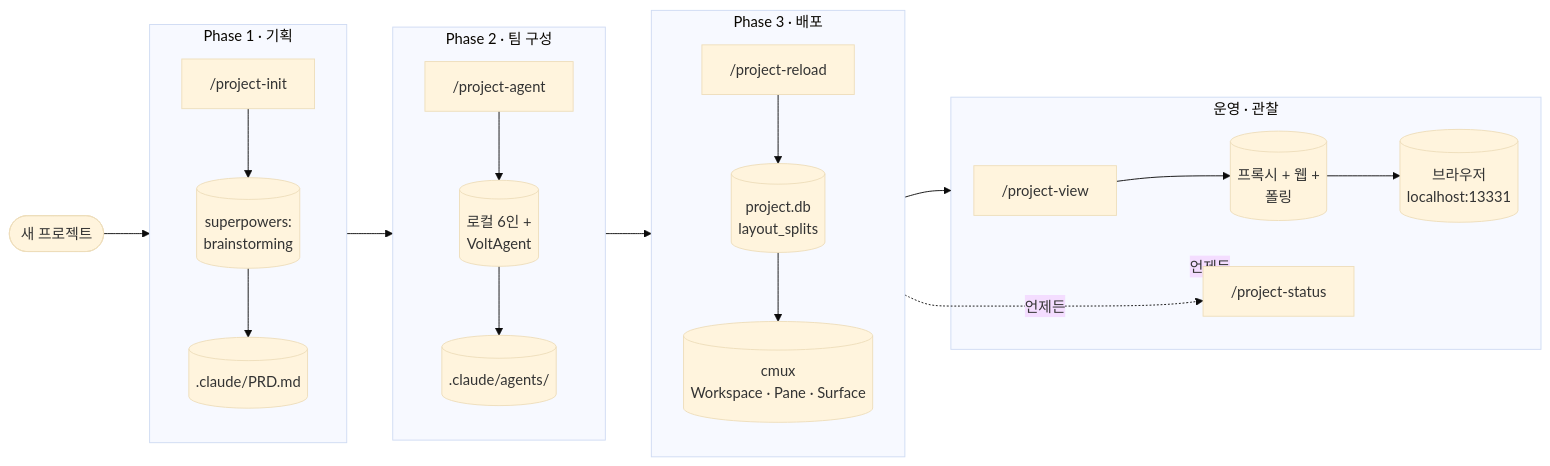
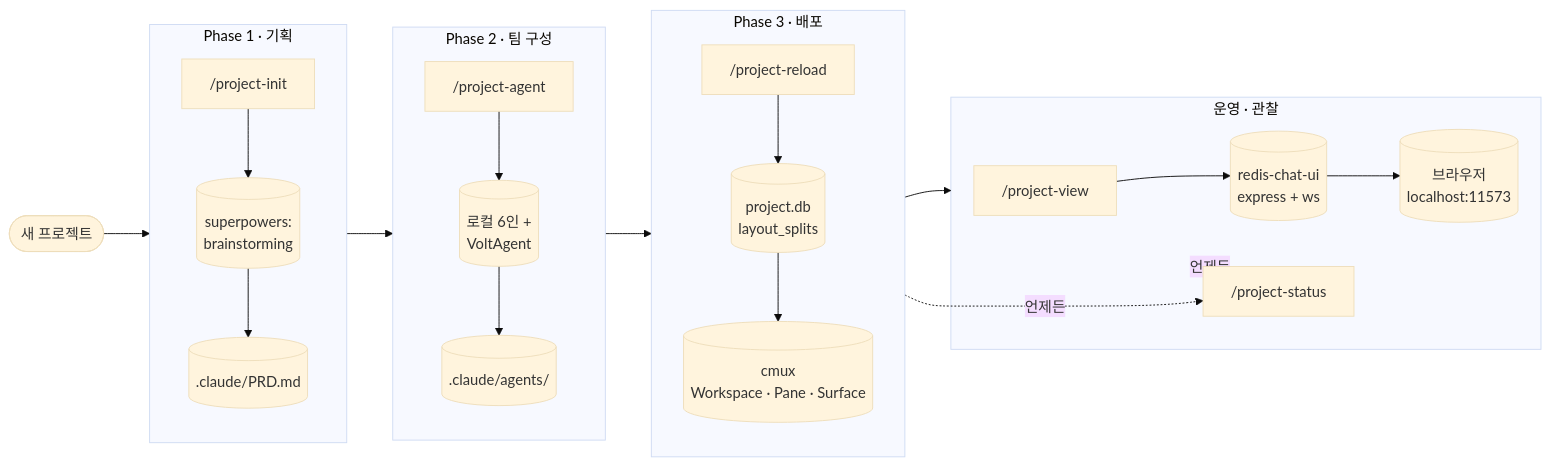
The second of 10 diagrams in README-ko.md (merong/cmux-workshop), drawn with Mermaid (base theme) before and after one commit. The commit also changed other lines of this file and 81 other files, not shown here.

````diff
--- a/README-ko.md
+++ b/README-ko.md
@@ -125,37 +125,37 @@
 ```mermaid
 flowchart LR
     Start([새 프로젝트])
 
     subgraph Phase1["Phase 1 · 기획"]
         I["/project-init"]
         BS[("superpowers:<br/>brainstorming")]
         PRD[(".claude/PRD.md")]
         I --> BS --> PRD
     end
 
     subgraph Phase2["Phase 2 · 팀 구성"]
         A["/project-agent"]
         Lib[("로컬 6인 +<br/>VoltAgent")]
         Per[(".claude/agents/")]
         A --> Lib --> Per
     end
 
     subgraph Phase3["Phase 3 · 배포"]
         R["/project-reload"]
         DB[("project.db<br/>layout_splits")]
         Panes[("cmux<br/>Workspace · Pane · Surface")]
         R --> DB --> Panes
     end
 
     subgraph Ops["운영 · 관찰"]
         V["/project-view"]
-        Mon[("프록시 + 웹 +<br/>폴링")]
-        UI[("브라우저<br/>localhost:13331")]
+        Mon[("redis-chat-ui<br/>express + ws")]
+        UI[("브라우저<br/>localhost:11573")]
         S["/project-status"]
         V --> Mon --> UI
     end
 
     Start --> Phase1 --> Phase2 --> Phase3 --> Ops
     Phase3 -.언제든.-> S
     Ops -.언제든.-> S
 ```
````
